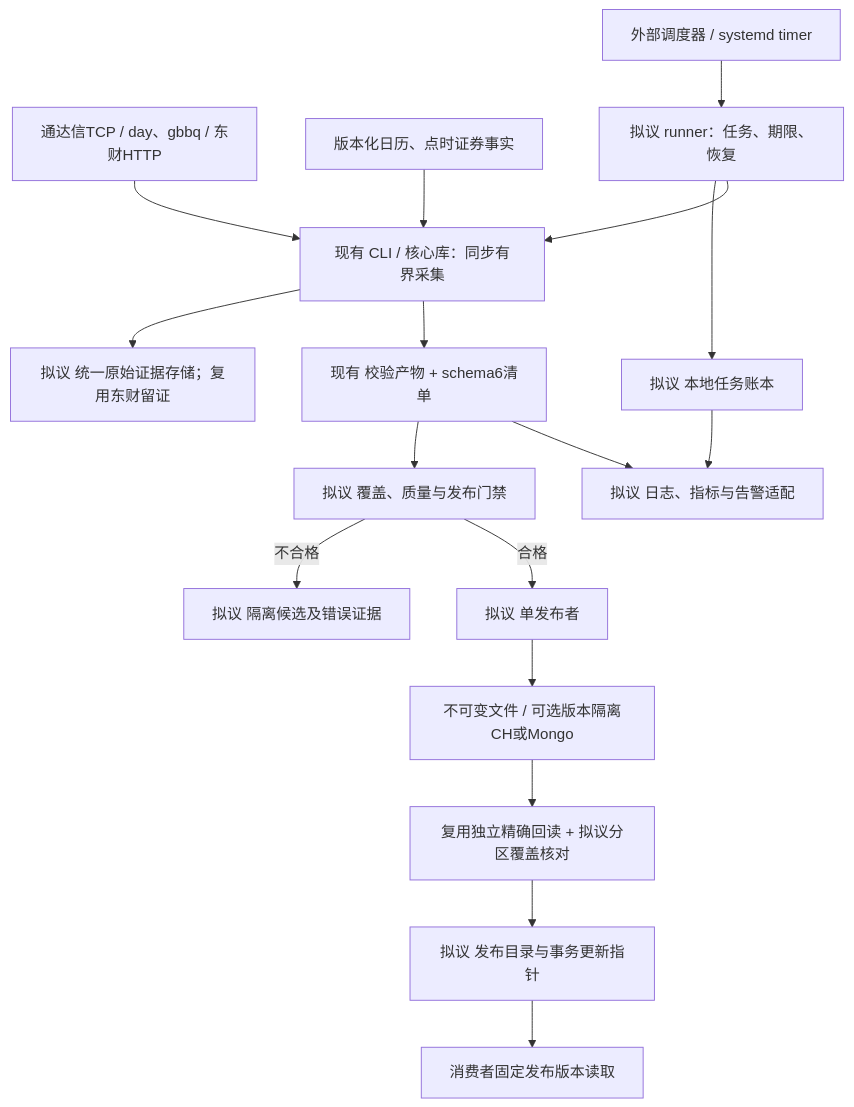
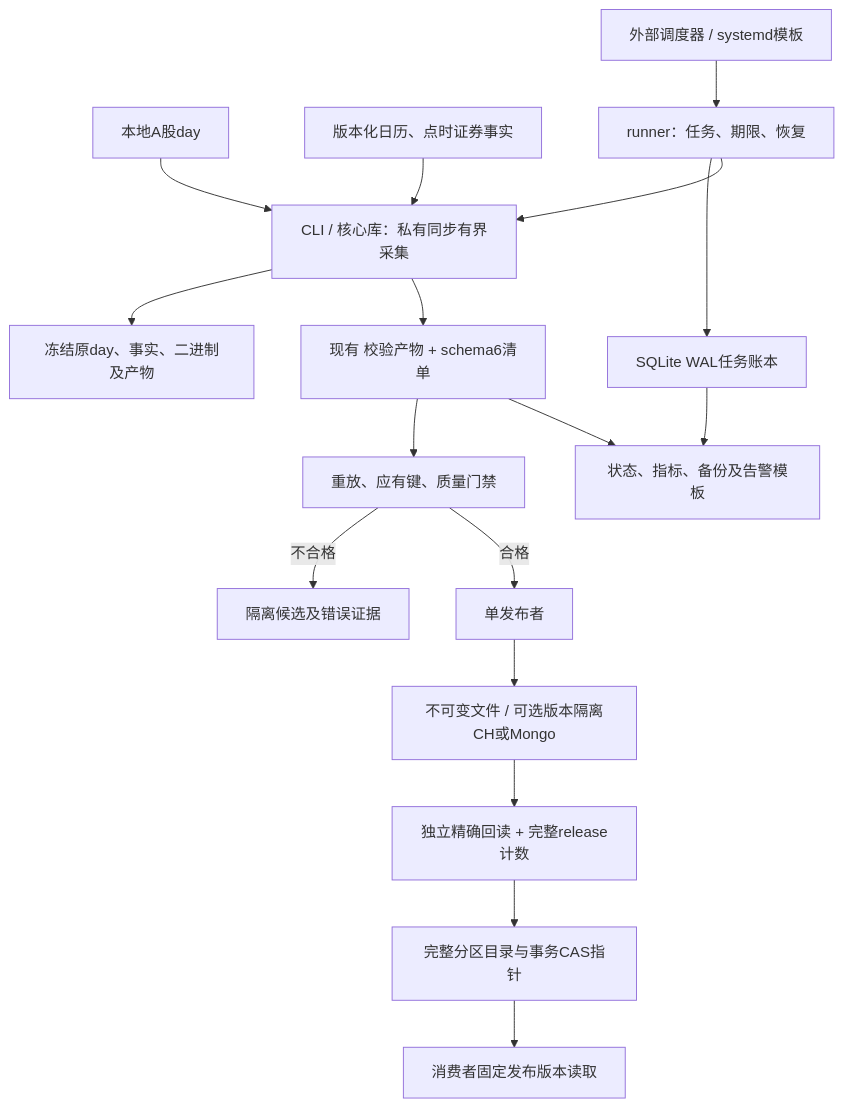
The diagram in docs/architecture/PRODUCTION_FUSION_PLAN.md (jelven007/rustdx), drawn with Mermaid before and after one commit. The commit also changed other lines of this file and 49 other files, not shown here.

````diff
--- a/docs/architecture/PRODUCTION_FUSION_PLAN.md
+++ b/docs/architecture/PRODUCTION_FUSION_PLAN.md
@@ -46,19 +46,19 @@
 ```mermaid
 flowchart TB
-    SOURCE["通达信TCP / day、gbbq / 东财HTTP"] --> COLLECT
+    SOURCE["本地A股day"] --> COLLECT
     FACT["版本化日历、点时证券事实"] --> COLLECT
-    SCHED["外部调度器 / systemd timer"] --> RUNNER["拟议 runner：任务、期限、恢复"]
-    RUNNER --> LEDGER["拟议 本地任务账本"]
-    RUNNER --> COLLECT["现有 CLI / 核心库：同步有界采集"]
-    COLLECT --> RAW["拟议 统一原始证据存储；复用东财留证"]
+    SCHED["外部调度器 / systemd模板"] --> RUNNER["runner：任务、期限、恢复"]
+    RUNNER --> LEDGER["SQLite WAL任务账本"]
+    RUNNER --> COLLECT["CLI / 核心库：私有同步有界采集"]
+    COLLECT --> RAW["冻结原day、事实、二进制及产物"]
     COLLECT --> ART["现有 校验产物 + schema6清单"]
-    ART --> GATE["拟议 覆盖、质量与发布门禁"]
-    GATE -->|不合格| QUAR["拟议 隔离候选及错误证据"]
-    GATE -->|合格| PUB["拟议 单发布者"]
+    ART --> GATE["重放、应有键、质量门禁"]
+    GATE -->|不合格| QUAR["隔离候选及错误证据"]
+    GATE -->|合格| PUB["单发布者"]
     PUB --> STORE["不可变文件 / 可选版本隔离CH或Mongo"]
-    STORE --> CHECK["复用独立精确回读 + 拟议分区覆盖核对"]
-    CHECK --> CAT["拟议 发布目录与事务更新指针"]
+    STORE --> CHECK["独立精确回读 + 完整release计数"]
+    CHECK --> CAT["完整分区目录与事务CAS指针"]
     CAT --> READ["消费者固定发布版本读取"]
-    LEDGER --> OPS["拟议 日志、指标与告警适配"]
+    LEDGER --> OPS["状态、指标、备份及告警模板"]
     ART --> OPS
 ```
````
